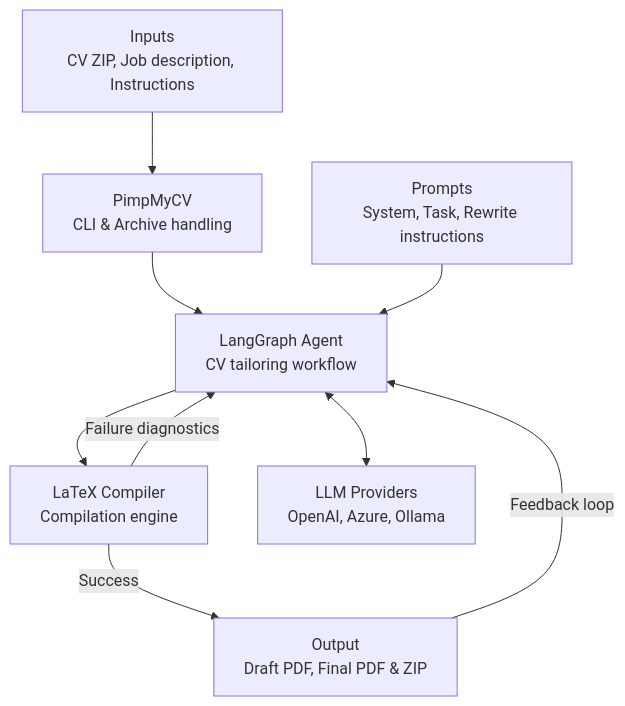
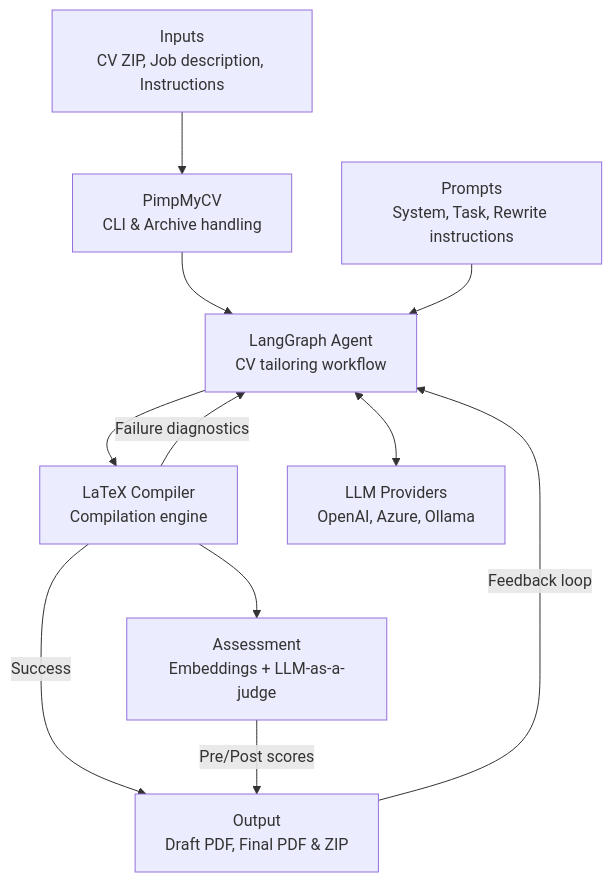
Before and after one commit to iosifidisvasileios/PimpMyCV: the diagram in README.md, drawn with Mermaid. The commit also changed other lines of this file, not shown here.

First line of the commit message:
Update README with assessment feature documentation

````diff
--- a/README.md
+++ b/README.md
@@ -140,25 +146,29 @@
 ```mermaid
 graph TB
     Inputs["Inputs<br/>CV ZIP, Job description, Instructions"]
     
     PimpMyCV["PimpMyCV<br/>CLI & Archive handling"]
     
     Agent["LangGraph Agent<br/>CV tailoring workflow"]
     
     Prompts["Prompts<br/>System, Task, Rewrite instructions"]
     
     Compiler["LaTeX Compiler<br/>Compilation engine"]
     
     Providers["LLM Providers<br/>OpenAI, Azure, Ollama"]
     
+    Assessment["Assessment<br/>Embeddings + LLM-as-a-judge"]
+    
     Output["Output<br/>Draft PDF, Final PDF & ZIP"]
     
     Inputs --> PimpMyCV
     PimpMyCV --> Agent
     Prompts --> Agent
     Agent <--> Providers
     Agent --> Compiler
     Compiler -->|Success| Output
     Compiler -->|Failure diagnostics| Agent
     Output -->|Feedback loop| Agent
+    Compiler --> Assessment
+    Assessment -->|Pre/Post scores| Output
 ```
````
